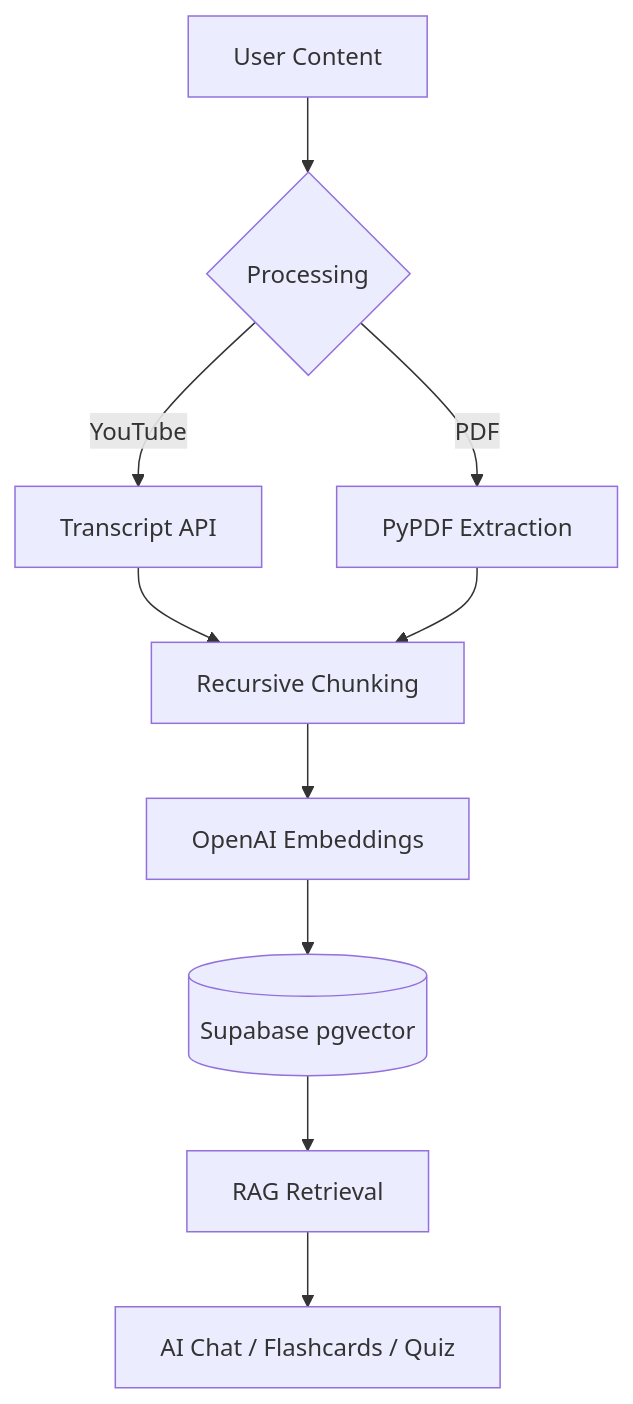
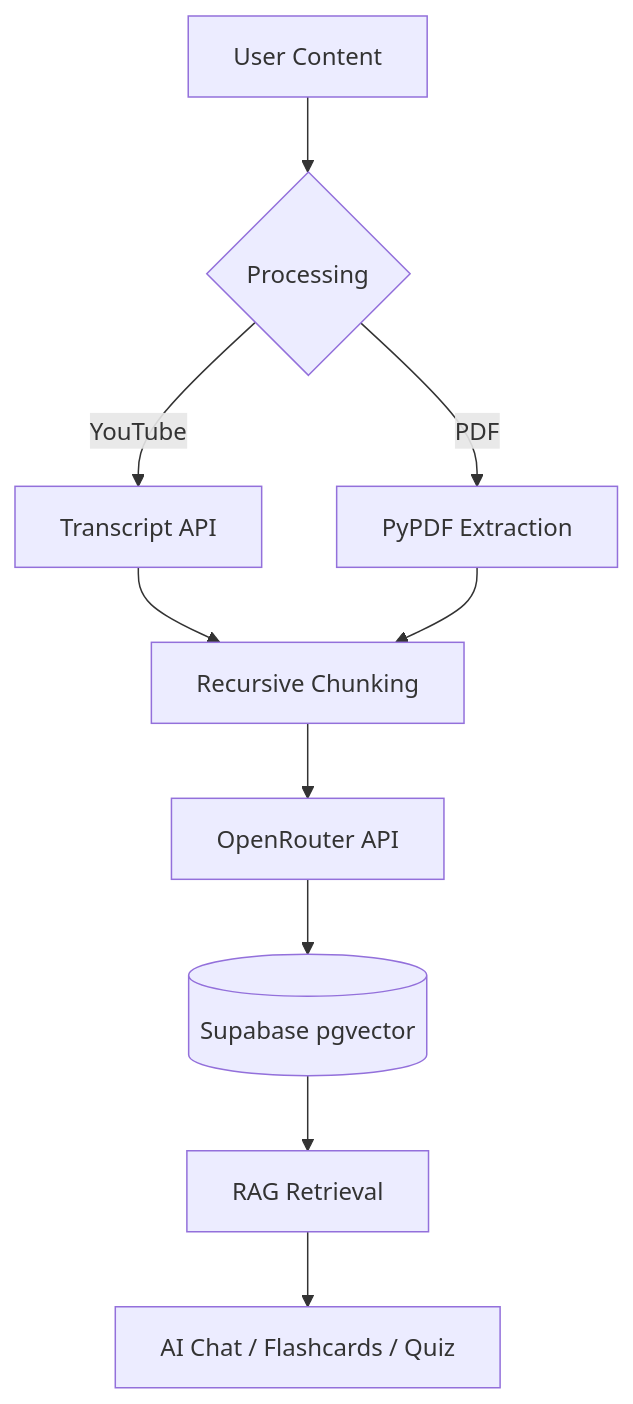
Before and after one commit to RohitAkulwar380/AILearningAssistant: the diagram in README.md, drawn with Mermaid. The commit also changed other lines of this file and 10 other files, not shown here.

Commit message:
Update to OpenRouter and configure backend for Railway

````diff
--- a/README.md
+++ b/README.md
@@ -34,11 +34,11 @@
 ```mermaid
 graph TD;
     A[User Content] --> B{Processing};
     B -->|YouTube| C[Transcript API];
     B -->|PDF| D[PyPDF Extraction];
     C & D --> E[Recursive Chunking];
-    E --> F[OpenAI Embeddings];
+    E --> F[OpenRouter API];
     F --> G[(Supabase pgvector)];
     G --> H[RAG Retrieval];
     H --> I[AI Chat / Flashcards / Quiz];
 ```
````
